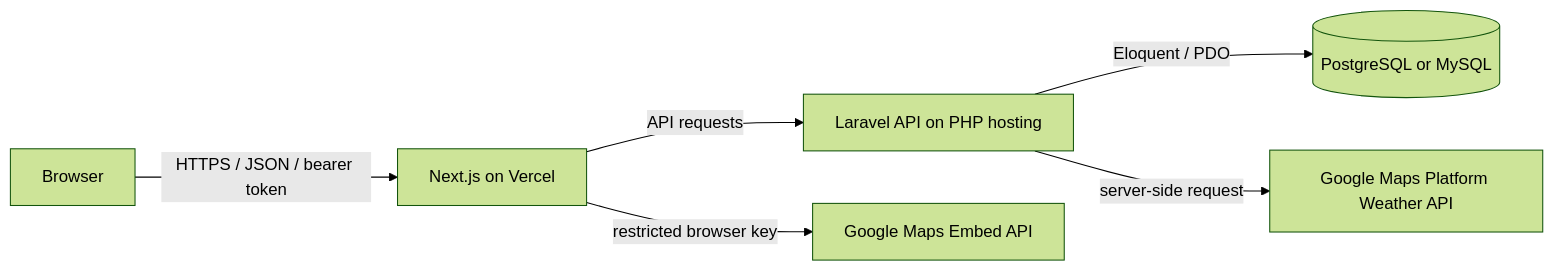
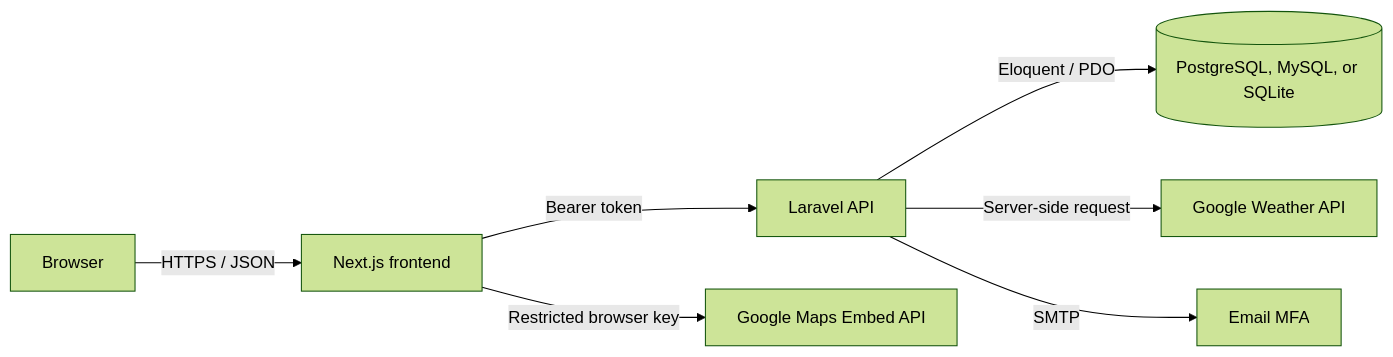
The diagram in README.md (BryanFLoreSs/SIA_Removal), drawn with Mermaid (forest theme) before and after one commit. The commit also changed other lines of this file and 2 other files, not shown here.

Commit message:
feat: update README and environment configuration for email MFA integration

````diff
--- a/README.md
+++ b/README.md
@@ -7,8 +19,9 @@
 ```mermaid
 flowchart LR
-  U[Browser] -->|HTTPS / JSON / bearer token| F[Next.js on Vercel]
-  F -->|API requests| L[Laravel API on PHP hosting]
-  L -->|Eloquent / PDO| DB[(PostgreSQL or MySQL)]
-  L -->|server-side request| W[Google Maps Platform Weather API]
-  F -->|restricted browser key| M[Google Maps Embed API]
+  B[Browser] -->|HTTPS / JSON| N[Next.js frontend]
+  N -->|Bearer token| L[Laravel API]
+  L -->|Eloquent / PDO| D[(PostgreSQL, MySQL, or SQLite)]
+  L -->|Server-side request| W[Google Weather API]
+  L -->|SMTP| M[Email MFA]
+  N -->|Restricted browser key| G[Google Maps Embed API]
 ```
````
